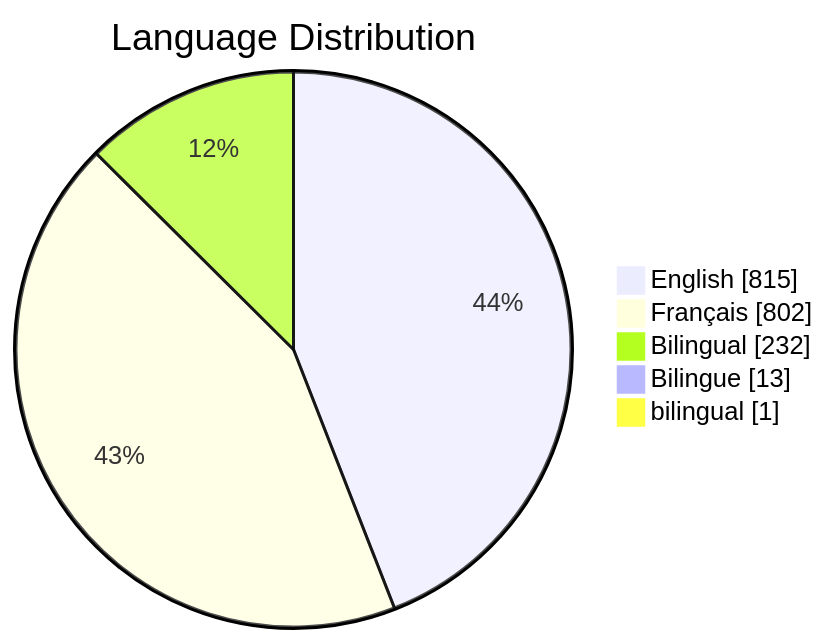
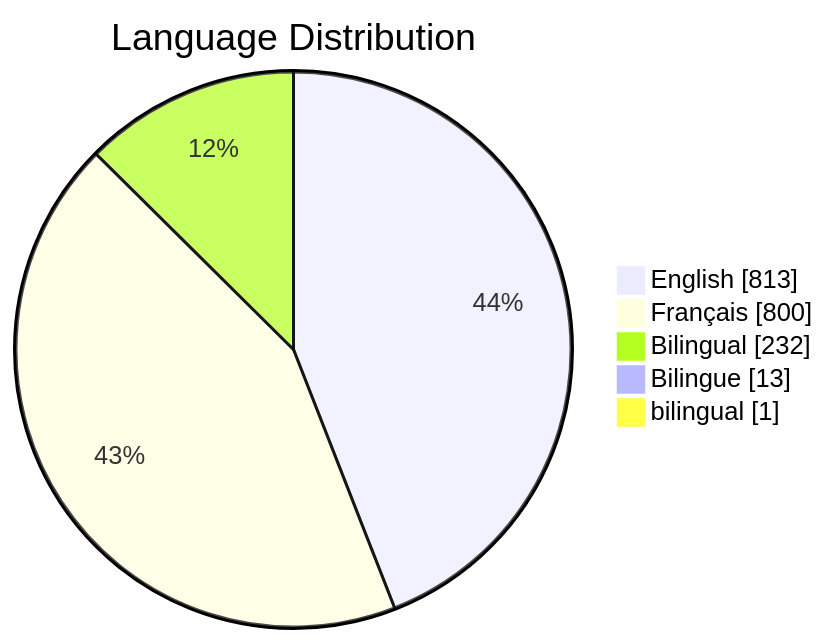
One commit to PatLittle/GC-Socials changed the third of 6 diagrams in README.md. Above: the diagram before and after it, drawn with Mermaid. The commit also changed other lines of this file, not shown here.

Commit message:
Update README with Platform Distribution pie chart

````diff
--- a/README.md
+++ b/README.md
@@ -79,8 +76,8 @@
 ```mermaid
 pie showData title Language Distribution
-    "English": 815
-    "Français": 802
+    "English": 813
+    "Français": 800
     "Bilingual": 232
     "Bilingue": 13
     "bilingual": 1
 ```
````
